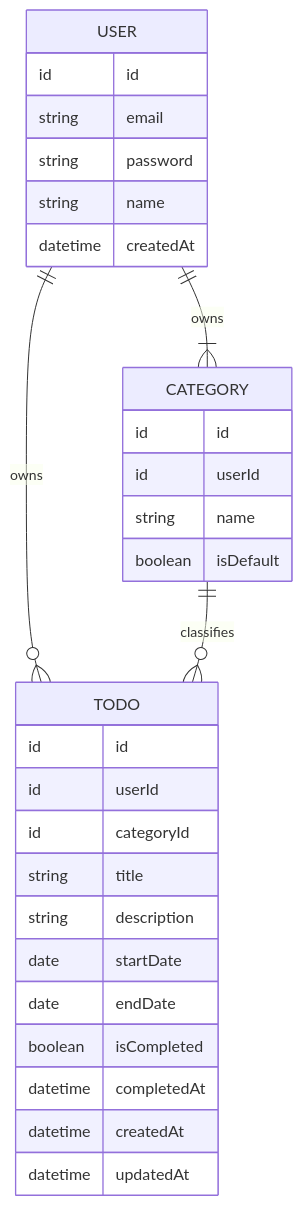
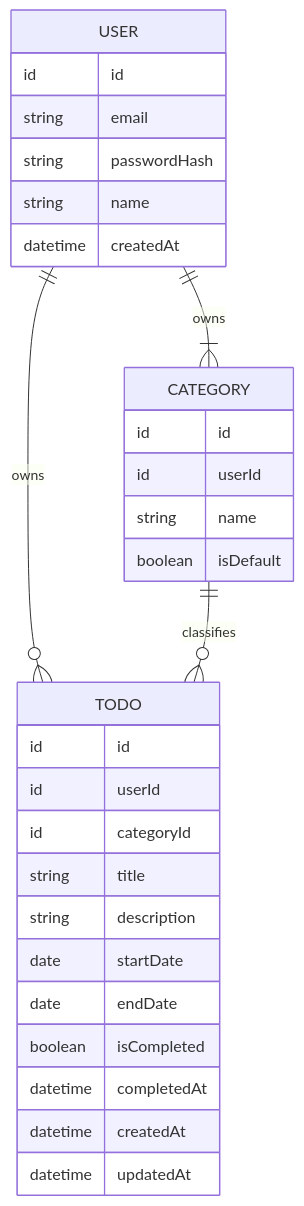
One commit to chaenamo/todolist-app changed the diagram in docs/1-domain-definition.md. Above: the diagram before and after it, drawn with Mermaid. The commit also changed other lines of this file and 5 other files, not shown here.

First line of the commit message:
docs: PRD, 사용자 시나리오, 와이어프레임, 구조 원칙, 아키텍처 다이어그램 추가

````diff
--- a/docs/1-domain-definition.md
+++ b/docs/1-domain-definition.md
@@ -87,33 +89,33 @@
 ```mermaid
 erDiagram
     USER ||--|{ CATEGORY : owns
     USER ||--o{ TODO : owns
     CATEGORY ||--o{ TODO : classifies
 
     USER {
         id id
         string email
-        string password
+        string passwordHash
         string name
         datetime createdAt
     }
     CATEGORY {
         id id
         id userId
         string name
         boolean isDefault
     }
     TODO {
         id id
         id userId
         id categoryId
         string title
         string description
         date startDate
         date endDate
         boolean isCompleted
         datetime completedAt
         datetime createdAt
         datetime updatedAt
     }
 ```
````
